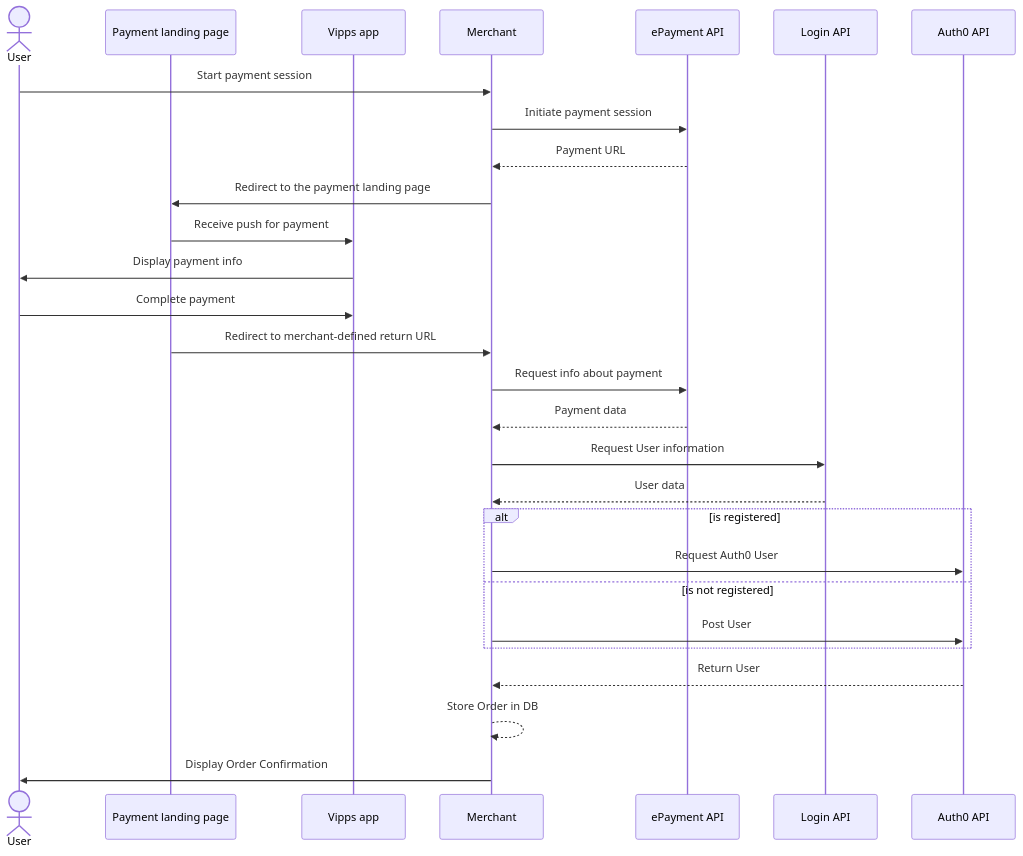
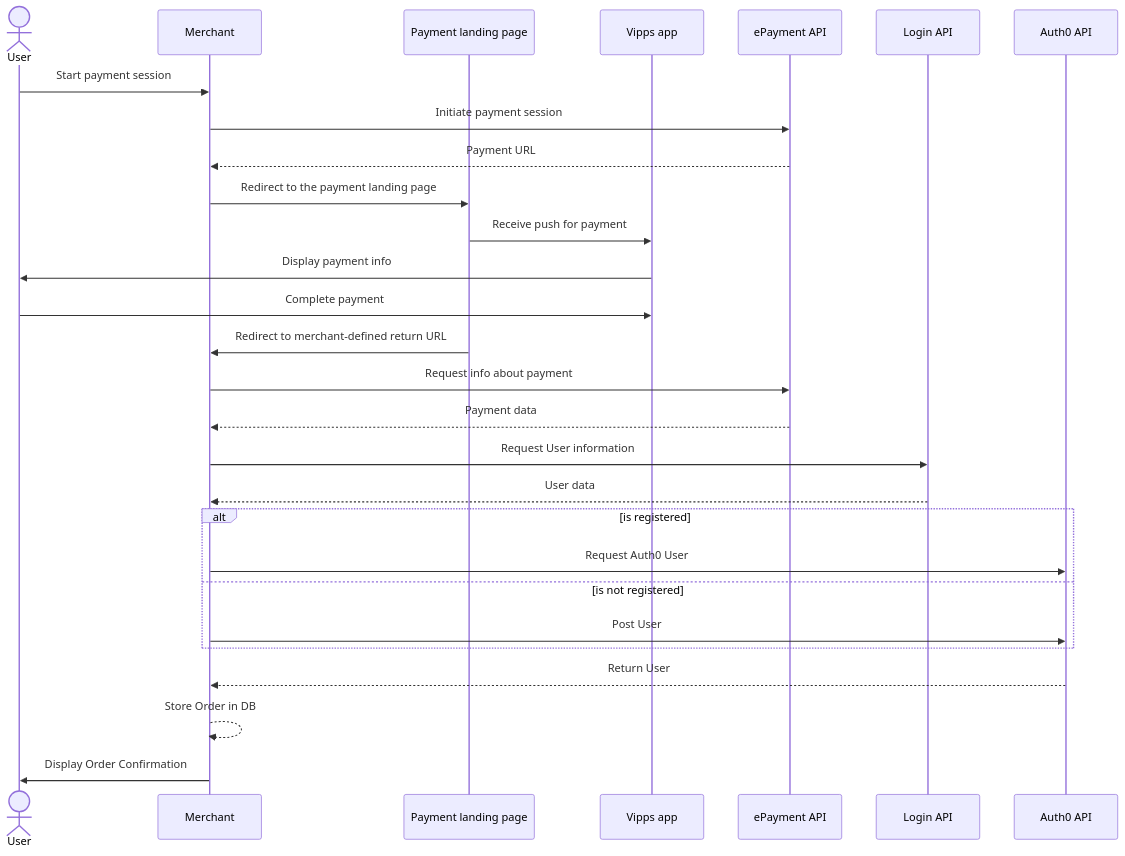
The diagram in auth0/PaymentFlowAuth0.md (vippsas/vipps-solutions), drawn with Mermaid before and after one commit. The commit also changed other lines of this file and 6 other files, not shown here.

````diff
--- a/auth0/PaymentFlowAuth0.md
+++ b/auth0/PaymentFlowAuth0.md
@@ -64,47 +68,47 @@
 ```mermaid
 
 sequenceDiagram
     actor User
+    participant Merchant
     participant Payment landing page
     participant Vipps app
-    participant Merchant
     participant ePayment API
     participant Login API
     participant Auth0 API
 
     User->>Merchant: Start payment session
 
     Merchant->>ePayment API: Initiate payment session
 
     ePayment API-->>Merchant: Payment URL
 
     Merchant->>Payment landing page: Redirect to the payment landing page
 
     Payment landing page->>Vipps app: Receive push for payment
 
     Vipps app->>User: Display payment info
 
     User->>Vipps app: Complete payment
 
     Payment landing page->>Merchant: Redirect to merchant-defined return URL
 
     Merchant->>ePayment API: Request info about payment
 
     ePayment API-->>Merchant: Payment data
 
     Merchant->>Login API: Request User information
 
     Login API-->>Merchant: User data
 
     alt is registered
         Merchant->>Auth0 API: Request Auth0 User
     else is not registered
         Merchant->>Auth0 API: Post User
     end
 
     Auth0 API-->>Merchant: Return User
 
     Merchant-->>Merchant: Store Order in DB
 
     Merchant->>User: Display Order Confirmation
 ```
````
